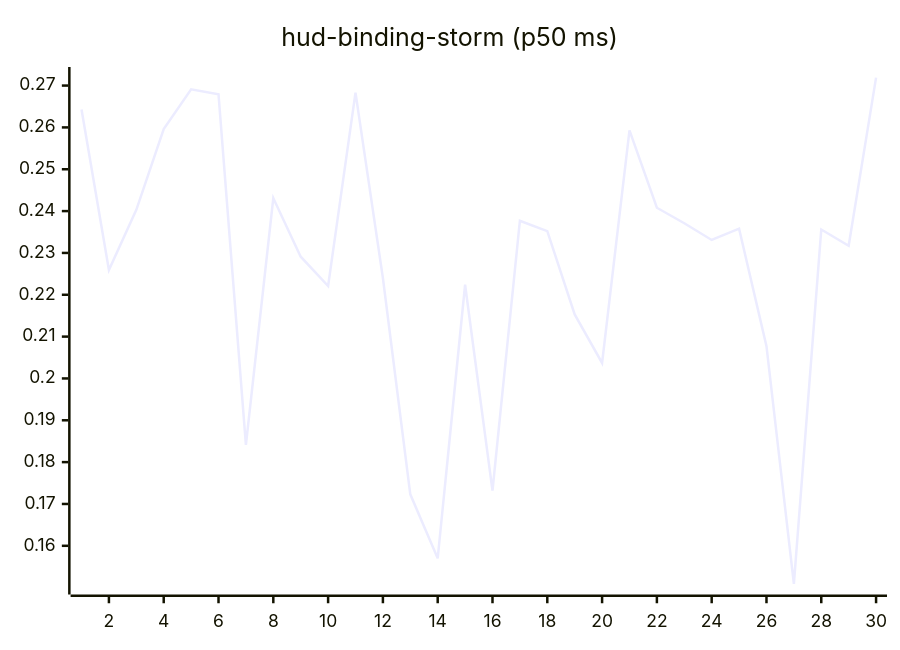
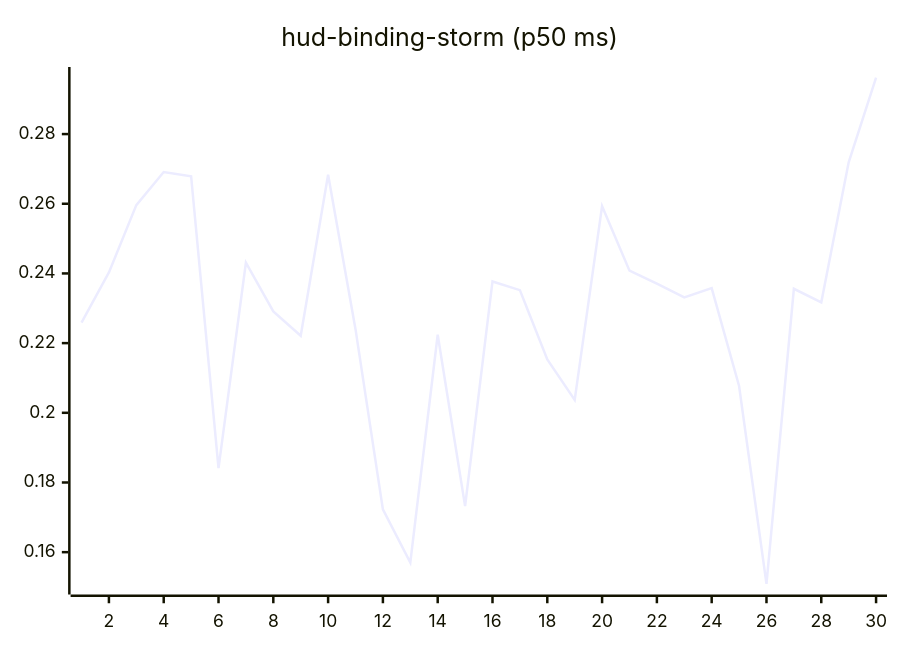
Before and after one commit to josha/Facet: the tenth of 27 diagrams in README.md, drawn with Mermaid. The commit also changed other lines of this file and 2 other files, not shown here.

````diff
--- a/README.md
+++ b/README.md
@@ -126,6 +126,6 @@
 ```mermaid
 xychart-beta
     title "hud-binding-storm (p50 ms)"
     x-axis 1 --> 30
-    line [0.2643, 0.2259, 0.2403, 0.2596, 0.2691, 0.2679, 0.1841, 0.2431, 0.2291, 0.2221, 0.2683, 0.2240, 0.1723, 0.1570, 0.2224, 0.1732, 0.2377, 0.2352, 0.2153, 0.2037, 0.2593, 0.2408, 0.2371, 0.2331, 0.2358, 0.2077, 0.1509, 0.2356, 0.2317, 0.2719]
+    line [0.2259, 0.2403, 0.2596, 0.2691, 0.2679, 0.1841, 0.2431, 0.2291, 0.2221, 0.2683, 0.2240, 0.1723, 0.1570, 0.2224, 0.1732, 0.2377, 0.2352, 0.2153, 0.2037, 0.2593, 0.2408, 0.2371, 0.2331, 0.2358, 0.2077, 0.1509, 0.2356, 0.2317, 0.2719, 0.2962]
 ```
````
